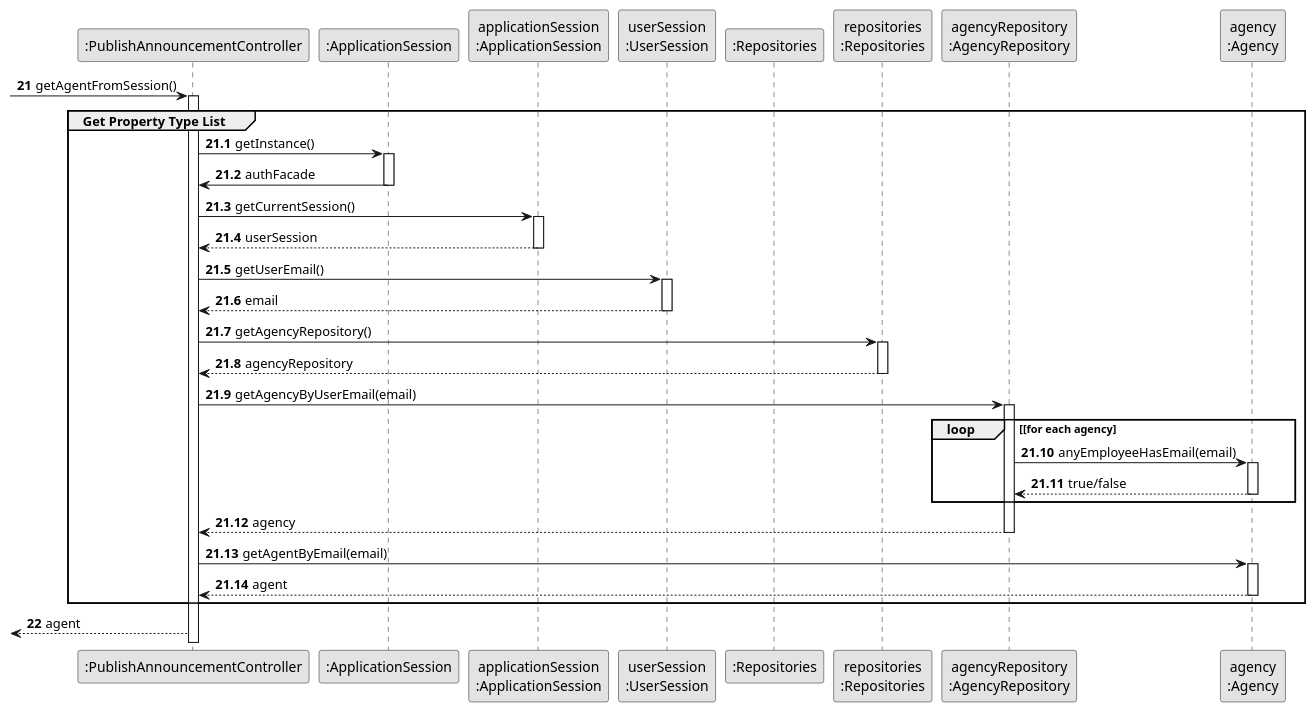
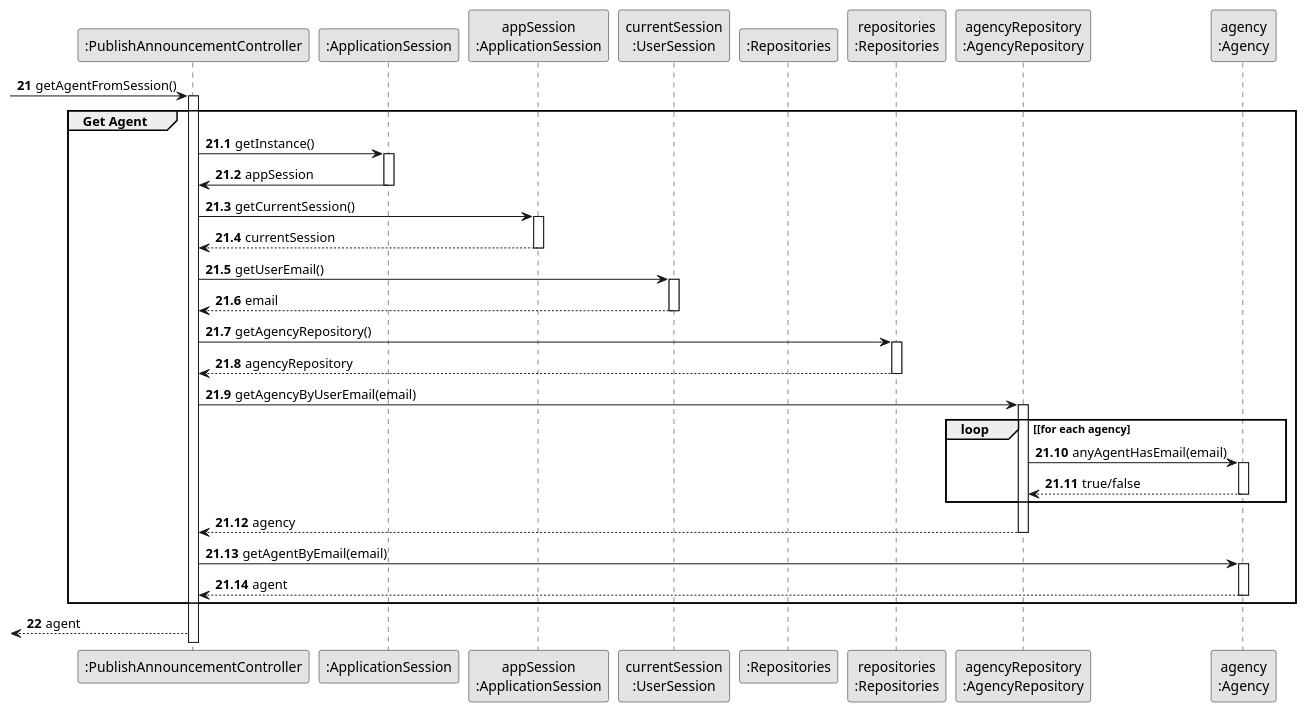
Before and after one commit to rita-barbosa/LAPR2-2223: the diagram in docs/sprintB/us002/03.design/puml/us002-sequence-diagram-partial-get-agent.puml, drawn with PlantUML. The commit also changed 7 other files, not shown here.

Commit message:
Update of sequence diagram [US002][Design]

```diff
--- a/docs/sprintB/us002/03.design/puml/us002-sequence-diagram-partial-get-agent.puml
+++ b/docs/sprintB/us002/03.design/puml/us002-sequence-diagram-partial-get-agent.puml
@@ -1,81 +1,81 @@
 @startuml
 skinparam monochrome true
 skinparam packageStyle rectangle
 skinparam shadowing false\
 
 
 
 participant ":PublishAnnouncementController" as CTRL
 participant ":ApplicationSession" as _APP
-participant "applicationSession\n:ApplicationSession" as APP
-participant "userSession\n:UserSession" as SESSION
+participant "appSession\n:ApplicationSession" as APP
+participant "currentSession\n:UserSession" as SESSION
 participant ":Repositories" as RepositorySingleton
 participant "repositories\n:Repositories" as PLAT
 participant "agencyRepository\n:AgencyRepository" as AgencyRepository
 participant "agency\n:Agency" as AGENCY
 
 
 autonumber 21
 
              -> CTRL : getAgentFromSession()
              activate CTRL
 
 autonumber 21.1
 
-    group Get Property Type List
+    group Get Agent
 
              CTRL -> _APP: getInstance()
              activate _APP
-             _APP -> CTRL: authFacade
+             _APP -> CTRL: appSession
              deactivate _APP
 
 
              CTRL -> APP: getCurrentSession()
              activate APP
 
-                 APP --> CTRL: userSession
+                 APP --> CTRL: currentSession
              deactivate APP
 
              CTRL -> SESSION: getUserEmail()
              activate SESSION
 
                  SESSION --> CTRL: email
              deactivate SESSION
 
 
              CTRL -> PLAT: getAgencyRepository()
              activate PLAT
 
                  PLAT --> CTRL: agencyRepository
              deactivate PLAT
 
 
              CTRL -> AgencyRepository: getAgencyByUserEmail(email)
              activate AgencyRepository
 
                  loop [for each agency
-                     AgencyRepository -> AGENCY : anyEmployeeHasEmail(email)
+                     AgencyRepository -> AGENCY : anyAgentHasEmail(email)
                      activate AGENCY
 
                           AGENCY --> AgencyRepository : true/false
                      deactivate AGENCY
                  end
                  AgencyRepository --> CTRL : agency
              deactivate AgencyRepository
 
              CTRL -> AGENCY: getAgentByEmail(email)
              activate AGENCY
 
                  AGENCY --> CTRL : agent
              deactivate AGENCY
 
 
 
 
     end
 
 autonumber 22
 
     <-- CTRL : agent
 
 @enduml
```
